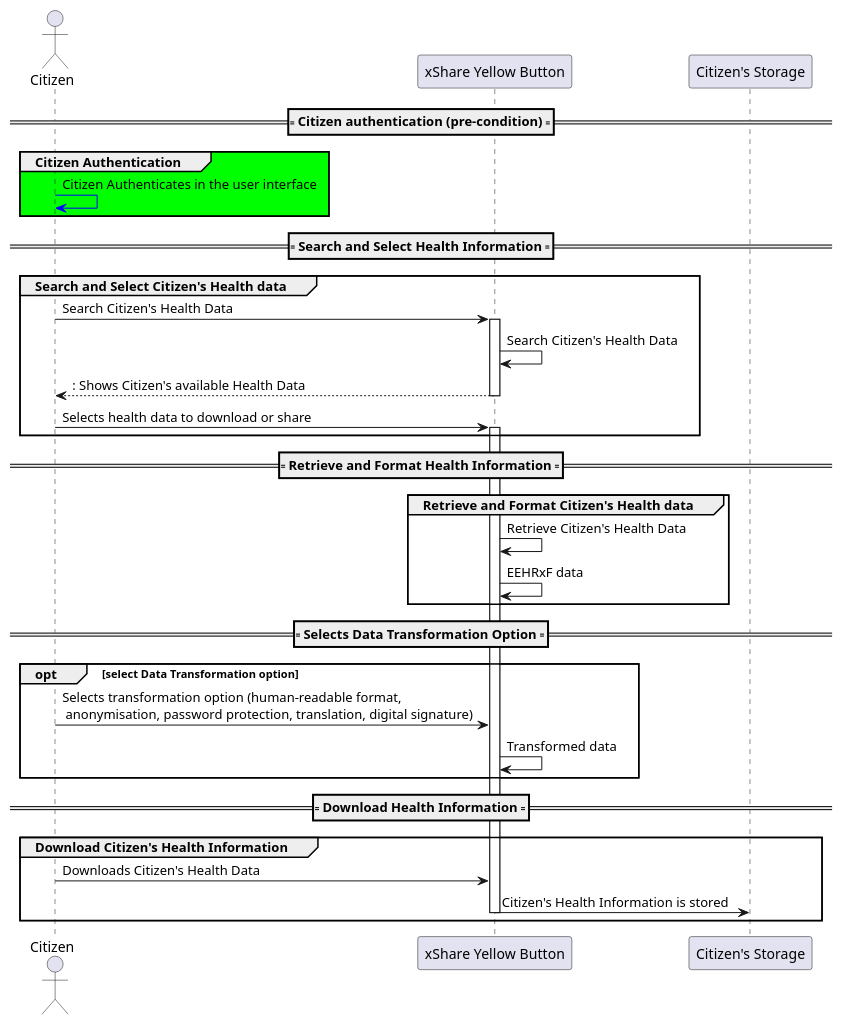
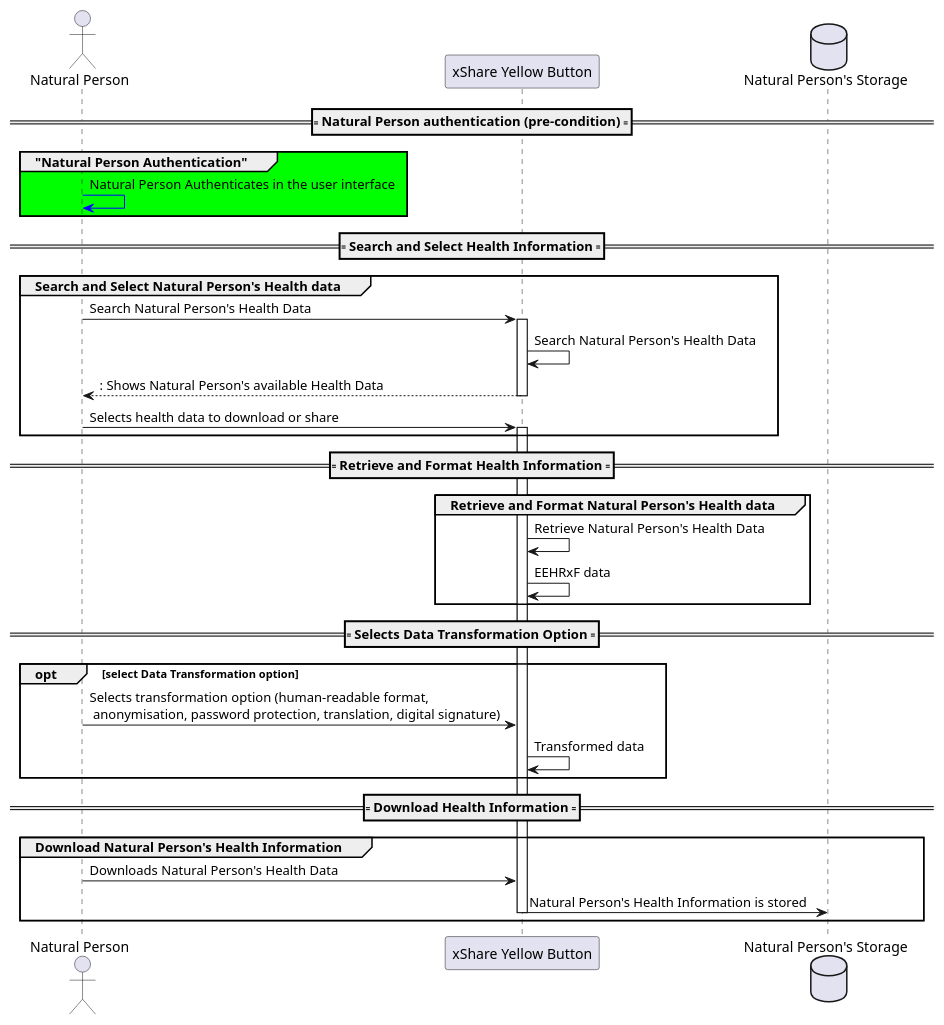
One commit to hl7-eu/xShare changed the diagram in input/images-source/seq-download.plantuml. Above: the diagram before and after it, drawn with PlantUML. The commit also changed 17 other files, not shown here.

```diff
--- a/input/images-source/seq-download.plantuml
+++ b/input/images-source/seq-download.plantuml
@@ -1,40 +1,40 @@
 @startuml
-actor Citizen
+actor "Natural Person" as NatPerson
 participant "xShare Yellow Button" as xShare
-participant "Citizen's Storage" as Storage
+database "Natural Person's Storage" as Storage
 
-==== Citizen authentication (pre-condition) ====
-group #00FF00 Citizen Authentication
-Citizen -[#blue]> Citizen: Citizen Authenticates in the user interface
+==== Natural Person authentication (pre-condition) ====
+group #00FF00 "Natural Person Authentication"
+NatPerson -[#blue]> NatPerson: Natural Person Authenticates in the user interface
 end group
 
 ==== Search and Select Health Information ====
-group Search and Select Citizen's Health data
-Citizen -> xShare: Search Citizen's Health Data
+group Search and Select Natural Person's Health data
+NatPerson -> xShare: Search Natural Person's Health Data
 activate xShare
-xShare -> xShare: Search Citizen's Health Data
-return: Shows Citizen's available Health Data
-Citizen -> xShare: Selects health data to download or share
+xShare -> xShare: Search Natural Person's Health Data
+return: Shows Natural Person's available Health Data
+NatPerson -> xShare: Selects health data to download or share
 activate xShare
 end group
 
 ==== Retrieve and Format Health Information ====
-group Retrieve and Format Citizen's Health data
-xShare-> xShare: Retrieve Citizen's Health Data
+group Retrieve and Format Natural Person's Health data
+xShare-> xShare: Retrieve Natural Person's Health Data
 xShare-> xShare: EEHRxF data
 end group
 
 ==== Selects Data Transformation Option ====
 opt select Data Transformation option
-Citizen -> xShare: Selects transformation option (human-readable format, \n anonymisation, password protection, translation, digital signature)
+NatPerson -> xShare: Selects transformation option (human-readable format, \n anonymisation, password protection, translation, digital signature)
 xShare -> xShare: Transformed data
 end opt
 
 ==== Download Health Information ====
-group Download Citizen's Health Information
-Citizen -> xShare: Downloads Citizen's Health Data
-xShare -> Storage: Citizen's Health Information is stored
+group Download Natural Person's Health Information
+NatPerson -> xShare: Downloads Natural Person's Health Data
+xShare -> Storage: Natural Person's Health Information is stored
 deactivate xShare
 end group
 
 @enduml
```
